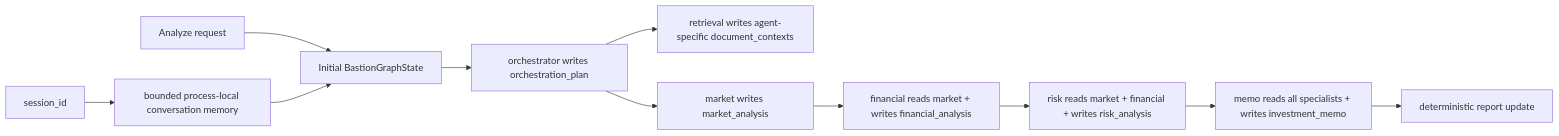
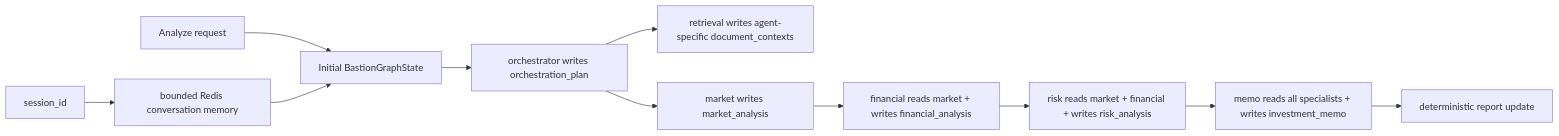
One commit to rogerrrmalcolm/Bastion changed the third of 3 diagrams in README.md. Above: the diagram before and after it, drawn with Mermaid. The commit also changed other lines of this file and 11 other files, not shown here.

Commit message:
Redis memory

````diff
--- a/README.md
+++ b/README.md
@@ -99,14 +100,14 @@
 ```mermaid
 flowchart LR
     Request["Analyze request"] --> State0["Initial BastionGraphState"]
     State0 --> O["orchestrator writes orchestration_plan"]
     O --> Docs["retrieval writes agent-specific document_contexts"]
     O --> M["market writes market_analysis"]
     M --> F["financial reads market + writes financial_analysis"]
     F --> R["risk reads market + financial + writes risk_analysis"]
     R --> Memo["memo reads all specialists + writes investment_memo"]
     Memo --> Report["deterministic report update"]
 
-    SessionID["session_id"] --> Memory["bounded process-local conversation memory"]
+    SessionID["session_id"] --> Memory["bounded Redis conversation memory"]
     Memory --> State0
 ```
````
